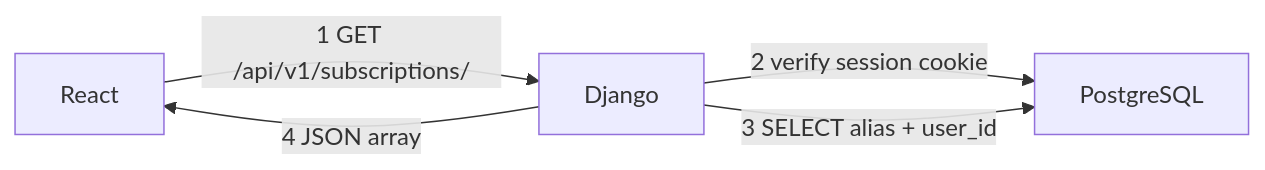
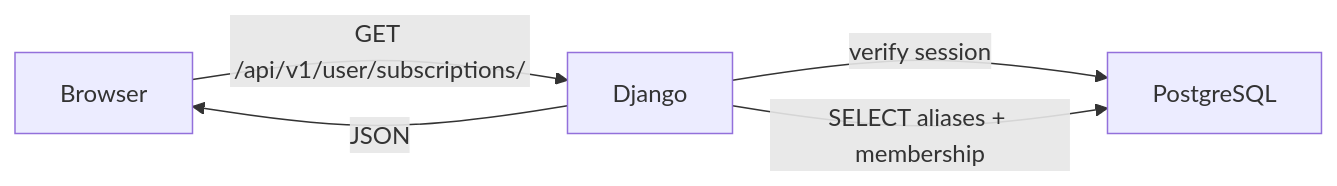
One commit to QWERTYPIG/2026-NASA3-Mail-Subscription changed the second of 4 diagrams in README.md. Above: the diagram before and after it, drawn with Mermaid. The commit also changed other lines of this file, not shown here.

````diff
--- a/README.md
+++ b/README.md
@@ -35,7 +62,7 @@
 ```mermaid
 flowchart LR
-  React["React"] -->|1 GET /api/v1/subscriptions/| Django["Django"]
-  Django -->|2 verify session cookie| PostgreSQL["PostgreSQL"]
-  Django -->|3 SELECT alias + user_id| PostgreSQL
-  Django -->|4 JSON array| React
+  Browser -->|GET /api/v1/user/subscriptions/| Django
+  Django -->|verify session| PostgreSQL
+  Django -->|SELECT aliases + membership| PostgreSQL
+  Django -->|JSON| Browser
 ```
````
